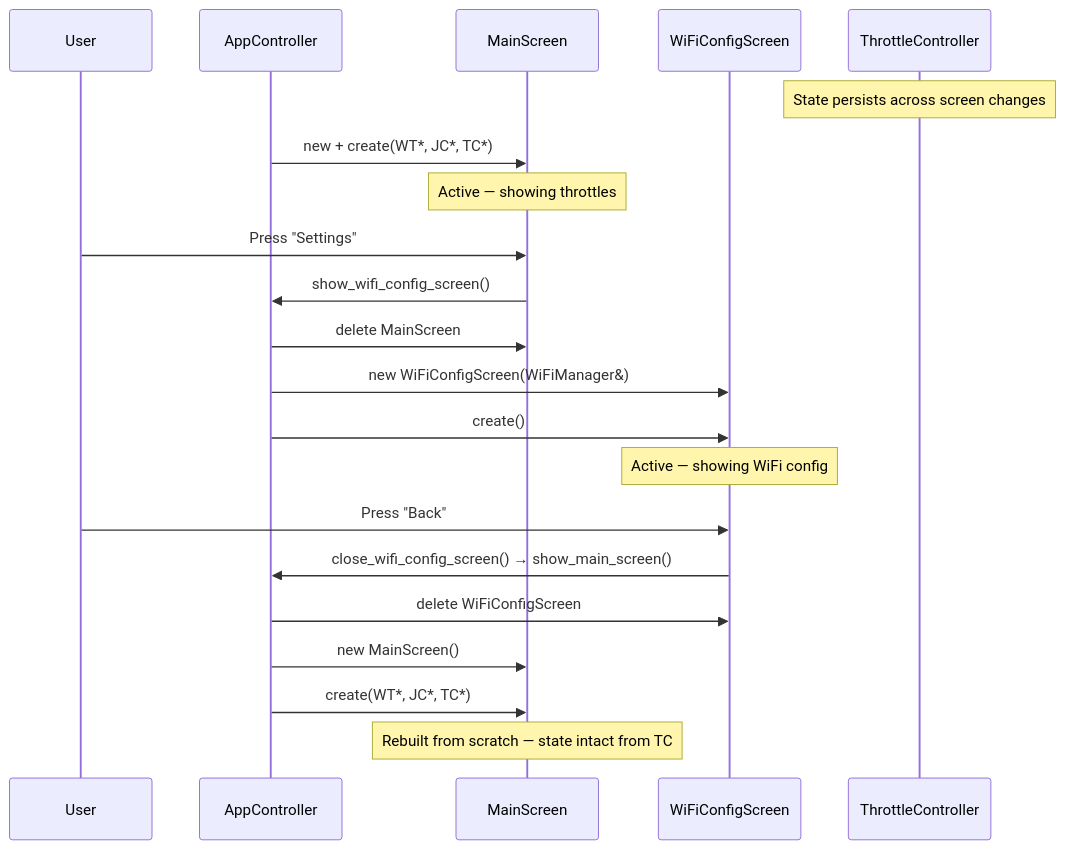
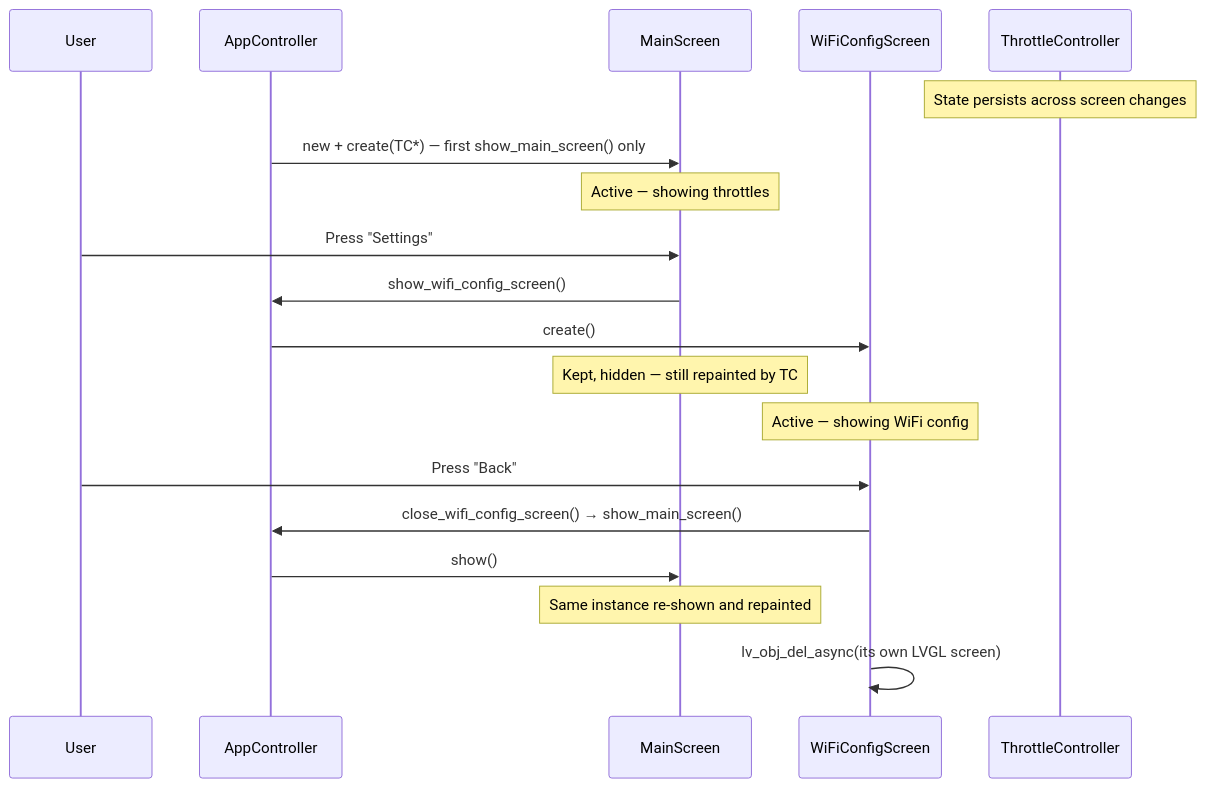
Before and after one commit to bazauto/esp-layout-controller: the second of 2 diagrams in docs/flows/SCREEN_NAVIGATION.md, drawn with Mermaid. The commit also changed other lines of this file and 21 other files, not shown here.

````diff
--- a/docs/flows/SCREEN_NAVIGATION.md
+++ b/docs/flows/SCREEN_NAVIGATION.md
@@ -25,27 +25,25 @@
 ```mermaid
 sequenceDiagram
     participant User
     participant AC as AppController
     participant MS as MainScreen
     participant WCS as WiFiConfigScreen
     participant TC as ThrottleController
 
     Note over TC: State persists across screen changes
 
-    AC->>MS: new + create(WT*, JC*, TC*)
+    AC->>MS: new + create(TC*) — first show_main_screen() only
     Note over MS: Active — showing throttles
 
     User->>MS: Press "Settings"
     MS->>AC: show_wifi_config_screen()
-    AC->>MS: delete MainScreen
-    AC->>WCS: new WiFiConfigScreen(WiFiManager&)
     AC->>WCS: create()
+    Note over MS: Kept, hidden — still repainted by TC
     Note over WCS: Active — showing WiFi config
 
     User->>WCS: Press "Back"
     WCS->>AC: close_wifi_config_screen() → show_main_screen()
-    AC->>WCS: delete WiFiConfigScreen
-    AC->>MS: new MainScreen()
-    AC->>MS: create(WT*, JC*, TC*)
-    Note over MS: Rebuilt from scratch — state intact from TC
+    AC->>MS: show()
+    Note over MS: Same instance re-shown and repainted
+    WCS->>WCS: lv_obj_del_async(its own LVGL screen)
 ```
````
